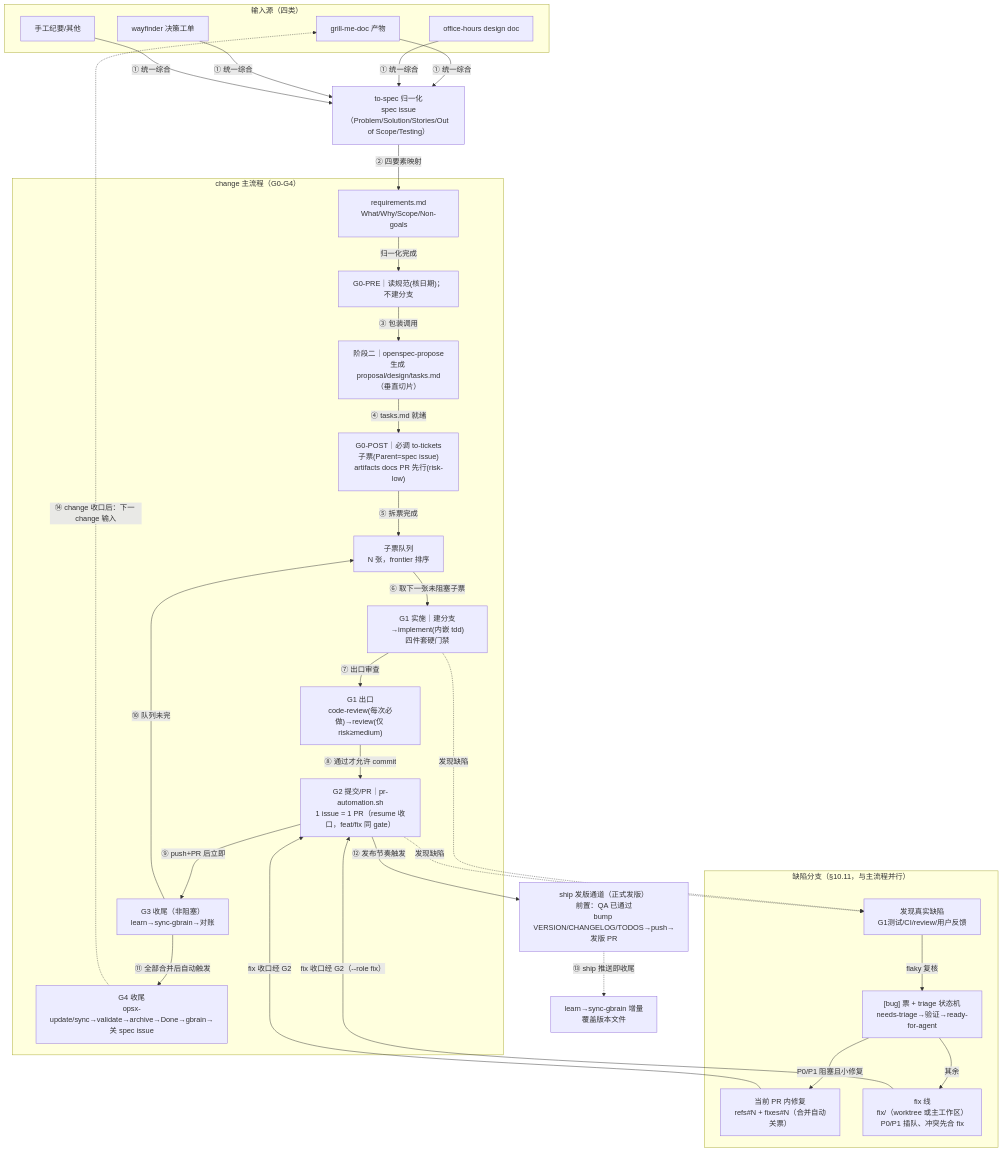
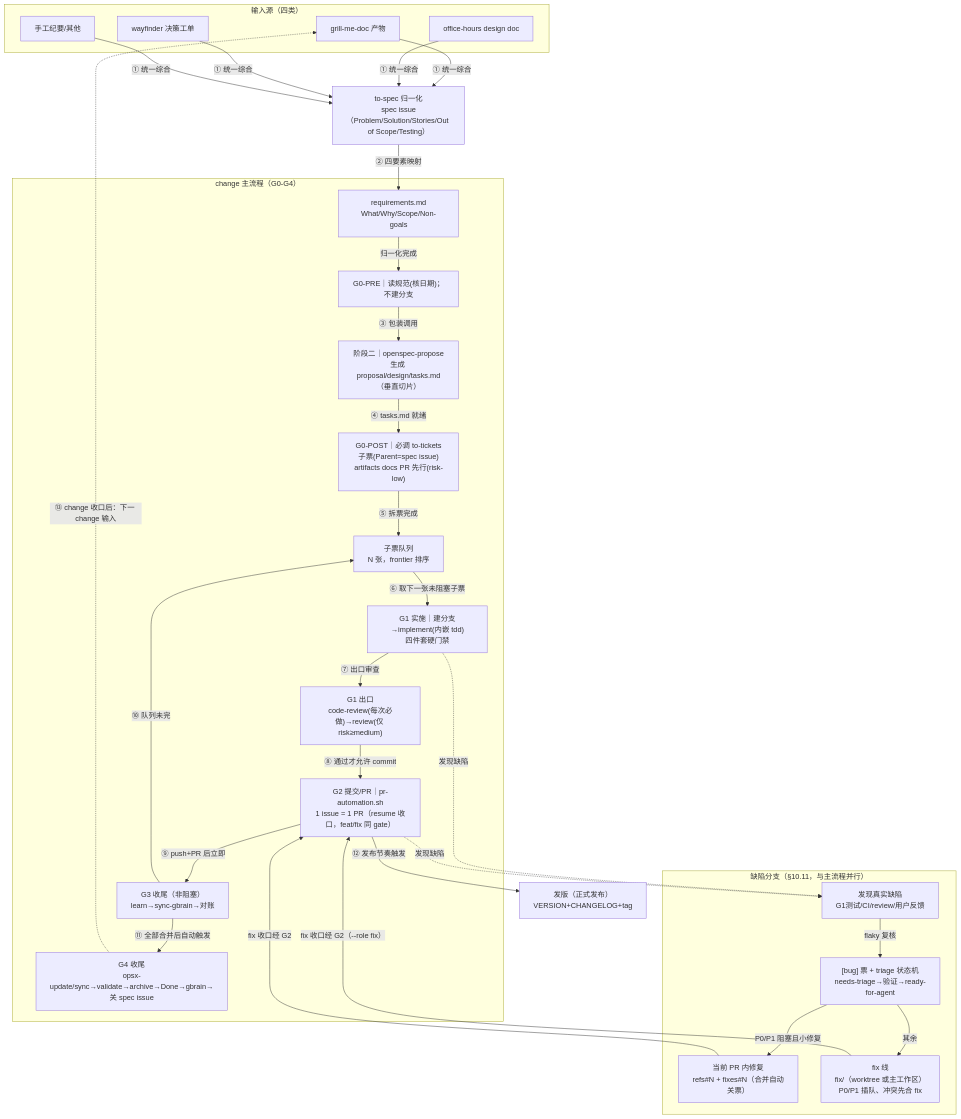
One commit to jianxi-dev/md-bundle changed the diagram in .opencode/skills/change-workflow/SKILL.md. Above: the diagram before and after it, drawn with Mermaid. The commit also changed other lines of this file and 10 other files, not shown here.

````diff
--- a/.opencode/skills/change-workflow/SKILL.md
+++ b/.opencode/skills/change-workflow/SKILL.md
@@ -52,36 +55,35 @@
 ```mermaid
 flowchart TB
   subgraph 输入源["输入源（四类）"]
     A1["grill-me-doc 产物"]
     A2["office-hours design doc"]
     A3["wayfinder 决策工单"]
     A4["手工纪要/其他"]
   end
   A1 & A2 & A3 & A4 -->|"① 统一综合"| T["to-spec 归一化<br/>spec issue（Problem/Solution/Stories/Out of Scope/Testing）"]
   T -->|"② 四要素映射"| A5["requirements.md<br/>What/Why/Scope/Non-goals"]
   subgraph 主流程["change 主流程（G0-G4）"]
     A5 -->|"归一化完成"| B["G0-PRE｜读规范(核日期)；不建分支"]
     B -->|"③ 包装调用"| C["阶段二｜openspec-propose<br/>生成 proposal/design/tasks.md（垂直切片）"]
     C -->|"④ tasks.md 就绪"| D["G0-POST｜必调 to-tickets<br/>子票(Parent=spec issue)<br/>artifacts docs PR 先行(risk-low)"]
     D -->|"⑤ 拆票完成"| Q["子票队列<br/>N 张，frontier 排序"]
     Q -->|"⑥ 取下一张未阻塞子票"| E["G1 实施｜建分支→implement(内嵌 tdd)<br/>四件套硬门禁"]
     E -->|"⑦ 出口审查"| E2["G1 出口<br/>code-review(每次必做)→review(仅 risk≥medium)"]
     E2 -->|"⑧ 通过才允许 commit"| F["G2 提交/PR｜pr-automation.sh<br/>1 issue = 1 PR（resume 收口，feat/fix 同 gate）"]
     F -->|"⑨ push+PR 后立即"| G["G3 收尾（非阻塞）<br/>learn→sync-gbrain→对账"]
     G -->|"⑩ 队列未完"| Q
     G -->|"⑪ 全部合并后自动触发"| H["G4 收尾<br/>opsx-update/sync→validate→archive→Done→gbrain→关 spec issue"]
   end
   subgraph 缺陷线["缺陷分支（§10.11，与主流程并行）"]
     X1["发现真实缺陷<br/>G1测试/CI/review/用户反馈"]
     X1 -->|"flaky 复核"| X2["[bug] 票 + triage 状态机<br/>needs-triage→验证→ready-for-agent"]
     X2 -->|"P0/P1 阻塞且小修复"| X3["当前 PR 内修复<br/>refs#N + fixes#N（合并自动关票）"]
     X2 -->|"其余"| X4["fix 线<br/>fix/<slug>（worktree 或主工作区）<br/>P0/P1 插队、冲突先合 fix"]
     X3 -->|"fix 收口经 G2"| F
     X4 -->|"fix 收口经 G2（--role fix）"| F
   end
   E -.->|"发现缺陷"| X1
   F -.->|"发现缺陷"| X1
-  F -->|"⑫ 发布节奏触发"| S["ship 发版通道（正式发版）<br/>前置：QA 已通过<br/>bump VERSION/CHANGELOG/TODOS→push→发版 PR"]
-  S -.->|"⑬ ship 推送即收尾"| L1["learn→sync-gbrain 增量<br/>覆盖版本文件"]
-  H -.->|"⑭ change 收口后：下一 change 输入"| A1
+  F -->|"⑫ 发布节奏触发"| S["发版（正式发布）<br/>VERSION+CHANGELOG+tag"]
+  H -.->|"⑬ change 收口后：下一 change 输入"| A1
 ```
````
